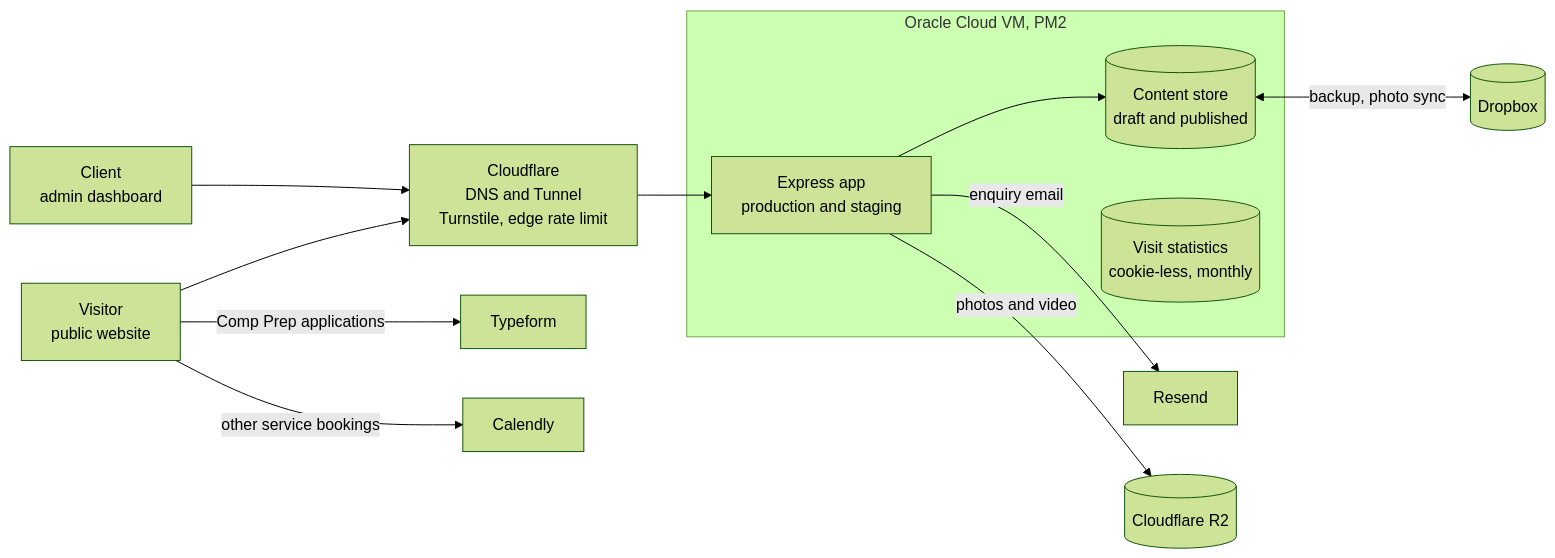
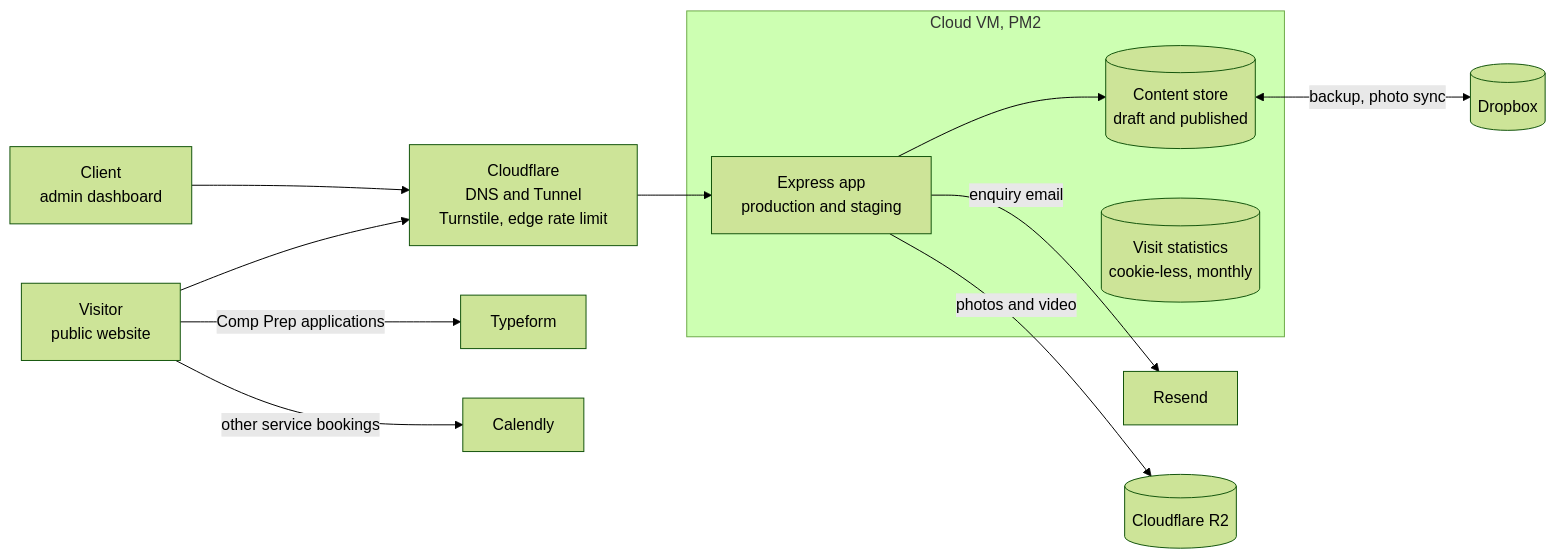
One commit to akhileshboda/TeamJD changed the diagram in docs/case-study.md. Above: the diagram before and after it, drawn with Mermaid (forest theme). The commit also changed other lines of this file and 37 other files, not shown here.

````diff
--- a/docs/case-study.md
+++ b/docs/case-study.md
@@ -79,19 +79,19 @@
 ```mermaid
 flowchart LR
   C[Client<br/>admin dashboard] --> CF[Cloudflare<br/>DNS and Tunnel<br/>Turnstile, edge rate limit]
   V[Visitor<br/>public website] --> CF
   CF --> X
 
-  subgraph VM[Oracle Cloud VM, PM2]
+  subgraph VM[Cloud VM, PM2]
     X[Express app<br/>production and staging]
     S[(Content store<br/>draft and published)]
     A[(Visit statistics<br/>cookie-less, monthly)]
     X --> S
   end
 
   X -->|enquiry email| R[Resend]
   X -->|photos and video| R2[(Cloudflare R2)]
   S <-->|backup, photo sync| D[(Dropbox)]
   V -->|Comp Prep applications| T[Typeform]
   V -->|other service bookings| K[Calendly]
 ```
````
